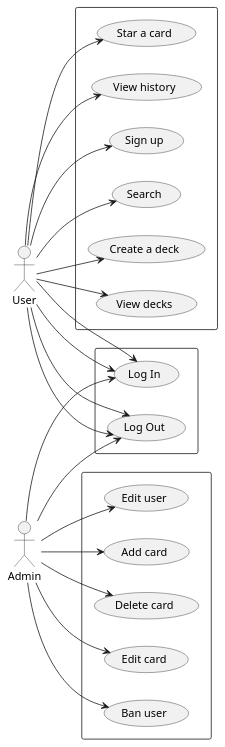
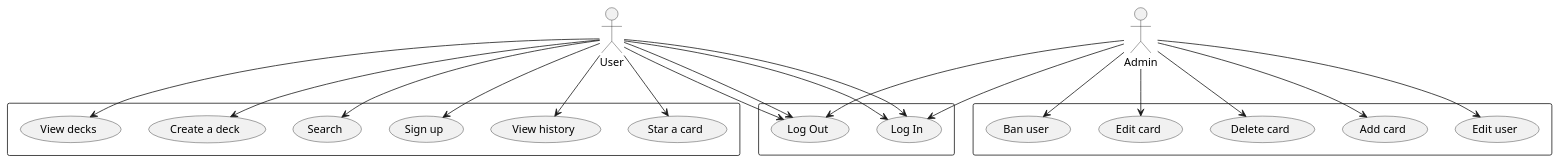
One commit to projet-info-2A-ensai-grp4/MagicSearch-2A changed the diagram in doc/diagrams/case_diagram.md. Above: the diagram before and after it, drawn with PlantUML.

Commit message:
case_diagram.md

```diff
--- a/doc/diagrams/case_diagram.md
+++ b/doc/diagrams/case_diagram.md
@@ -8,53 +8,55 @@
 @startuml
+
 ' paste here to visualize : https://www.plantuml.com/plantuml/uml/SyfFKj2rKt3CoKnELR1Io4ZDoSa70000
 ' doc : https://plantuml.com/fr/use-case-diagram
 
 
-left to right direction
+top to bottom direction
 
 actor "User"    as user
 actor "Admin"   as admin
 
 
 rectangle {
   usecase "Sign up"    as signup
   usecase "Search"     as search
   usecase "Create a deck" as create_deck
   usecase "View decks" as view_decks
   usecase "Star a card" as star_card
   usecase "View history" as view_history
 }
 
 rectangle {
   usecase "Log In"     as login
   usecase "Log Out"    as logout
 }
 
 rectangle {
  usecase "Add card" as add_card
  usecase "Delete card" as delete_card
  usecase "Edit card" as edit_card
  usecase "Ban user" as ban_user
  usecase "Edit user" as edit_user
 }
 
 user --> signup
 user --> login
 user --> logout
 user --> search
 user --> create_deck
 user --> view_decks
 user --> star_card
 user --> view_history
 
 admin --> delete_card
 admin --> add_card
 admin --> edit_card
 admin --> ban_user
 admin --> edit_user
 
 admin --> login
 admin --> logout
 user --> login
 user --> logout
+
 @enduml
```
